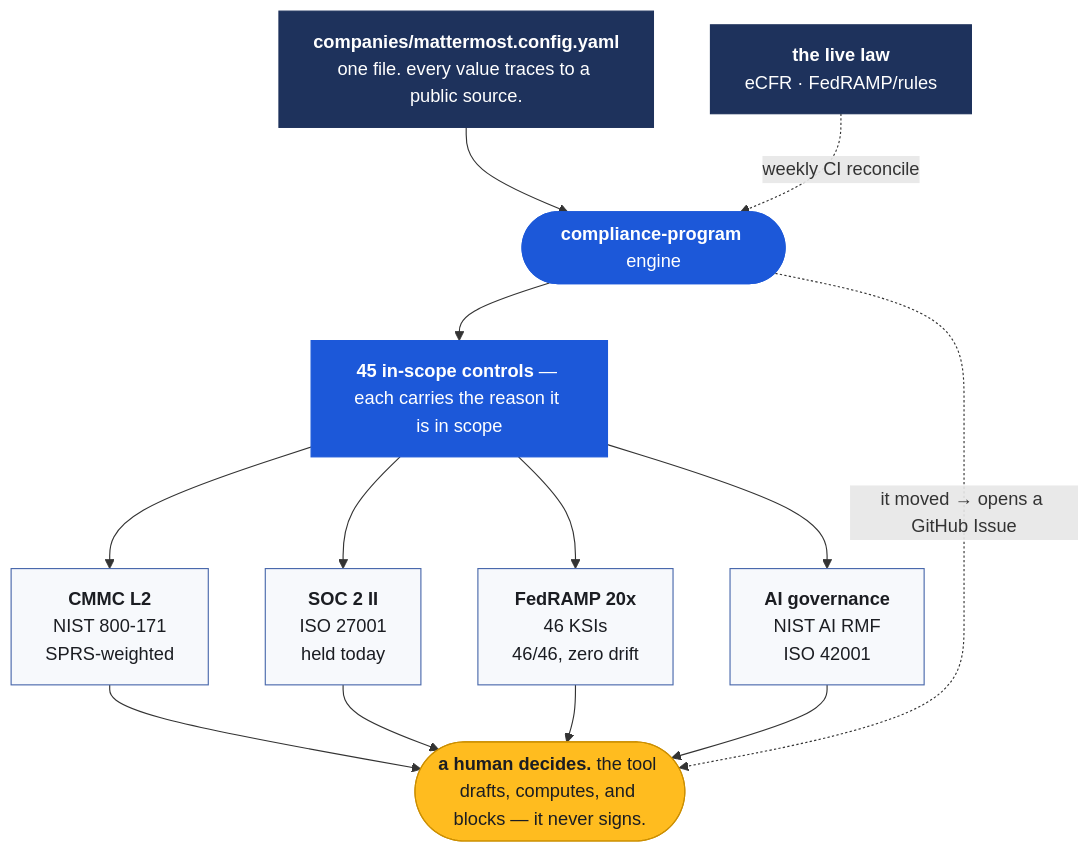
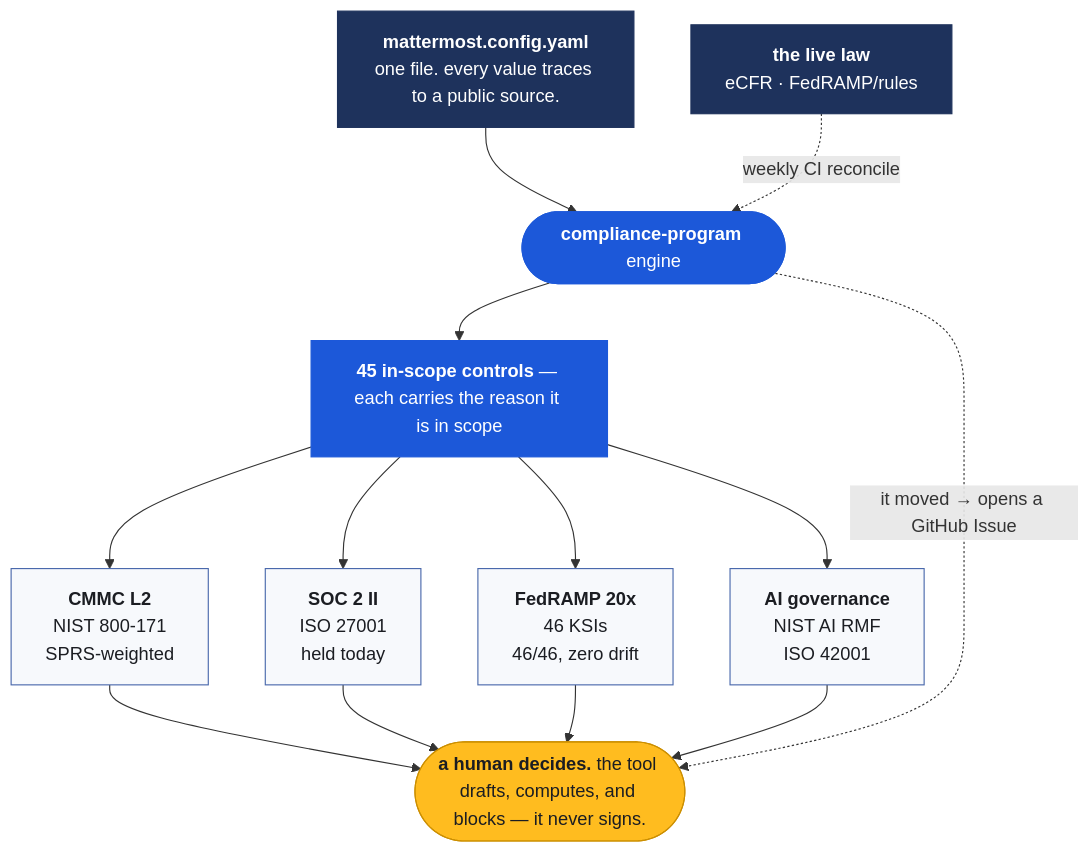
The diagram in README.md (tiffanidickerson437-lang/mattermost-grc-manager-program), drawn with Mermaid before and after one commit. The commit also changed other lines of this file, not shown here.

First line of the commit message:
Fix Mattermost questionnaire link and improve clarity

````diff
--- a/README.md
+++ b/README.md
@@ -23,30 +23,30 @@
 ```mermaid
 flowchart TD
-  CFG["<b>companies/mattermost.config.yaml</b><br/>one file. every value traces to a public source."]
+  CFG["<b>mattermost.config.yaml</b><br/>one file. every value traces to a public source."]
   ENG(["<b>compliance-program</b> engine"])
   CTL["<b>45 in-scope controls</b> — each carries the reason it is in scope"]
 
   CFG --> ENG --> CTL
 
   CTL --> F1["<b>CMMC L2</b><br/>NIST 800-171<br/>SPRS-weighted"]
   CTL --> F2["<b>SOC 2 II</b><br/>ISO 27001<br/>held today"]
   CTL --> F3["<b>FedRAMP 20x</b><br/>46 KSIs<br/>46/46, zero drift"]
   CTL --> F4["<b>AI governance</b><br/>NIST AI RMF<br/>ISO 42001"]
 
   F1 --> HUM(["<b>a human decides.</b> the tool drafts, computes, and blocks — it never signs."])
   F2 --> HUM
   F3 --> HUM
   F4 --> HUM
 
   LAW["<b>the live law</b><br/>eCFR · FedRAMP/rules"] -. "weekly CI reconcile" .-> ENG
   ENG -. "it moved → opens a GitHub Issue" .-> HUM
 
   classDef src fill:#1e325c,stroke:#1e325c,color:#ffffff
   classDef eng fill:#1c58d9,stroke:#1c58d9,color:#ffffff
   classDef out fill:#f7f9fc,stroke:#4a69ac,color:#1b1d22
   classDef hum fill:#ffbc1f,stroke:#cc8f00,color:#1b1d22
   class CFG,LAW src
   class ENG,CTL eng
   class F1,F2,F3,F4 out
   class HUM hum
 ```
````
